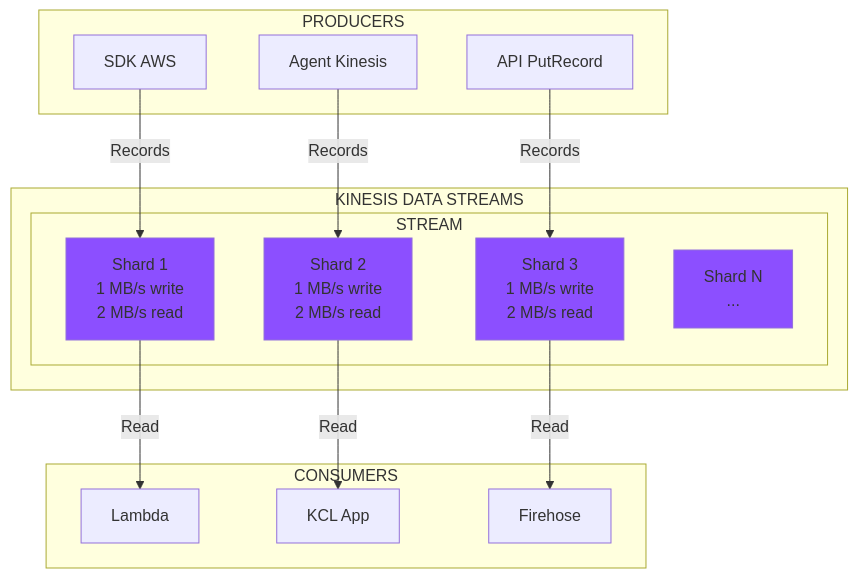
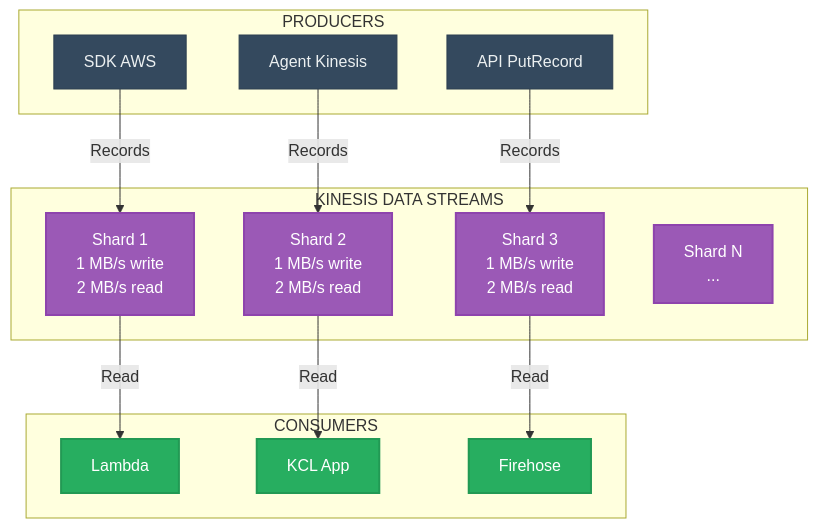
One commit to inskillflow/AWS-Streaming-Analytics-Pipeline-Kinesis-Firehose-Lambda-OpenSearch changed the first of 2 diagrams in FORMATION-PROFESSIONNELLE-PARTIE-1/01-COURS/MODULE-02-Amazon-Kinesis.md. Above: the diagram before and after it, drawn with Mermaid. The commit also changed other lines of this file and 4 other files, not shown here.

````diff
--- a/FORMATION-PROFESSIONNELLE-PARTIE-1/01-COURS/MODULE-02-Amazon-Kinesis.md
+++ b/FORMATION-PROFESSIONNELLE-PARTIE-1/01-COURS/MODULE-02-Amazon-Kinesis.md
@@ -44,36 +39,40 @@
 ```mermaid
 graph TB
-    subgraph "KINESIS DATA STREAMS"
-        subgraph "STREAM"
-            S1[Shard 1<br/>1 MB/s write<br/>2 MB/s read]
-            S2[Shard 2<br/>1 MB/s write<br/>2 MB/s read]
-            S3[Shard 3<br/>1 MB/s write<br/>2 MB/s read]
-            S4[Shard N<br/>...]
-        end
+    subgraph STREAMS["KINESIS DATA STREAMS"]
+        S1[Shard 1<br/>1 MB/s write<br/>2 MB/s read]
+        S2[Shard 2<br/>1 MB/s write<br/>2 MB/s read]
+        S3[Shard 3<br/>1 MB/s write<br/>2 MB/s read]
+        S4[Shard N<br/>...]
     end
     
-    subgraph "PRODUCERS"
+    subgraph PRODUCERS["PRODUCERS"]
         P1[SDK AWS]
         P2[Agent Kinesis]
         P3[API PutRecord]
     end
     
-    subgraph "CONSUMERS"
+    subgraph CONSUMERS["CONSUMERS"]
         C1[Lambda]
         C2[KCL App]
         C3[Firehose]
     end
     
     P1 -->|Records| S1
     P2 -->|Records| S2
     P3 -->|Records| S3
     
     S1 -->|Read| C1
     S2 -->|Read| C2
     S3 -->|Read| C3
     
-    style S1 fill:#8c4fff
-    style S2 fill:#8c4fff
-    style S3 fill:#8c4fff
-    style S4 fill:#8c4fff
+    style S1 fill:#9b59b6,stroke:#8e44ad,stroke-width:2px,color:#fff
+    style S2 fill:#9b59b6,stroke:#8e44ad,stroke-width:2px,color:#fff
+    style S3 fill:#9b59b6,stroke:#8e44ad,stroke-width:2px,color:#fff
+    style S4 fill:#9b59b6,stroke:#8e44ad,stroke-width:2px,color:#fff
+    style P1 fill:#34495e,stroke:#2c3e50,color:#ecf0f1
+    style P2 fill:#34495e,stroke:#2c3e50,color:#ecf0f1
+    style P3 fill:#34495e,stroke:#2c3e50,color:#ecf0f1
+    style C1 fill:#27ae60,stroke:#229954,stroke-width:2px,color:#fff
+    style C2 fill:#27ae60,stroke:#229954,stroke-width:2px,color:#fff
+    style C3 fill:#27ae60,stroke:#229954,stroke-width:2px,color:#fff
 ```
````
